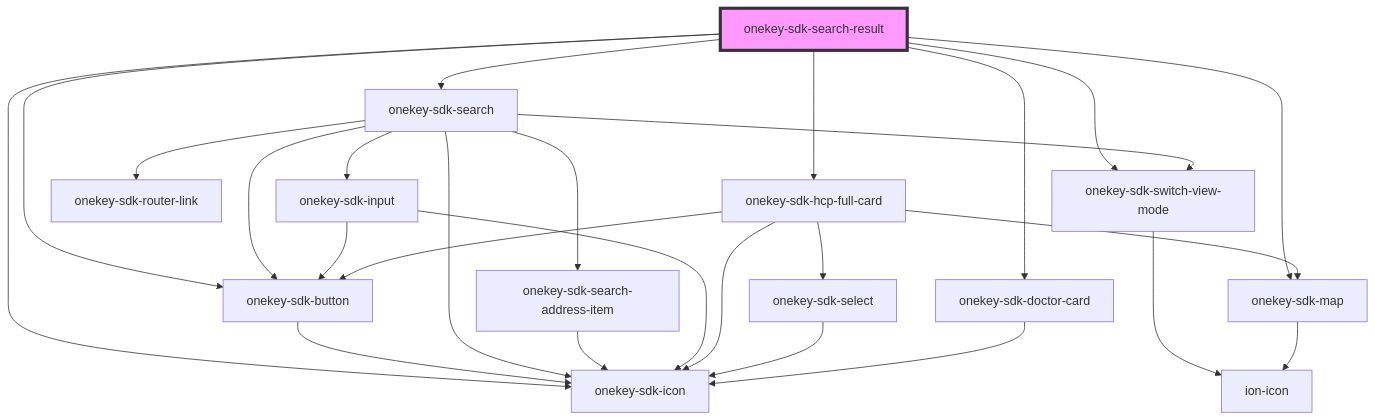
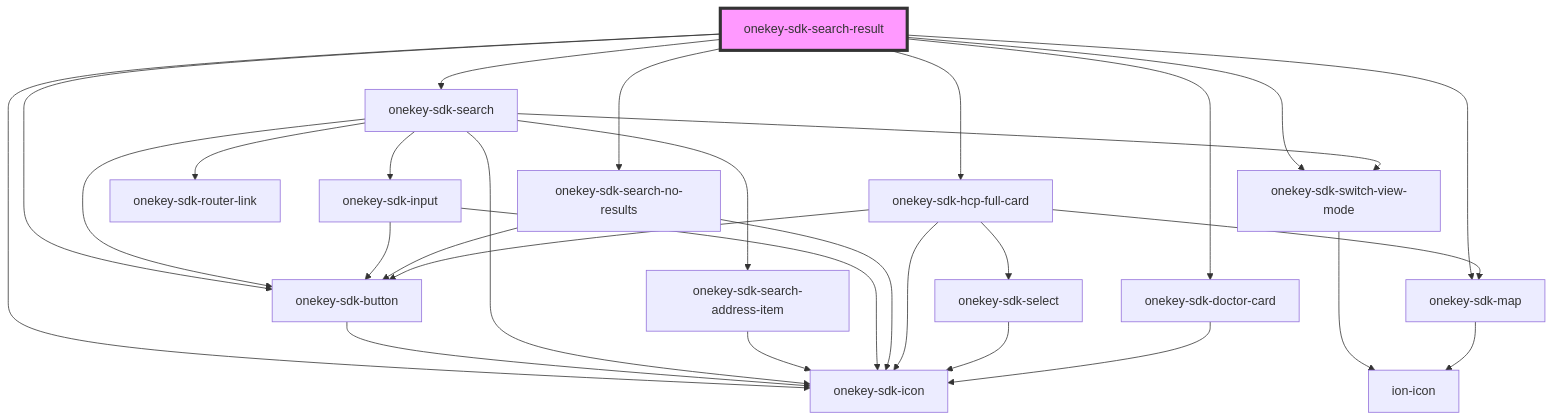
One commit to hcl-sdk/HealthCareLocatorWebSDK changed the diagram in packages/onekey-sdk-web-ui/docs/components/screens/onekey-sdk-search-result/readme.md. Above: the diagram before and after it, drawn with Mermaid. The commit also changed other lines of this file and 32 other files, not shown here.

Commit message:
fix(share,search): fix share template, profile map on real mobile, align search and show reset btn. implement search no results

````diff
--- a/packages/onekey-sdk-web-ui/docs/components/screens/onekey-sdk-search-result/readme.md
+++ b/packages/onekey-sdk-web-ui/docs/components/screens/onekey-sdk-search-result/readme.md
@@ -21,29 +22,32 @@
 ```mermaid
 graph TD;
   onekey-sdk-search-result --> onekey-sdk-button
   onekey-sdk-search-result --> onekey-sdk-switch-view-mode
   onekey-sdk-search-result --> onekey-sdk-icon
   onekey-sdk-search-result --> onekey-sdk-search
+  onekey-sdk-search-result --> onekey-sdk-search-no-results
   onekey-sdk-search-result --> onekey-sdk-hcp-full-card
   onekey-sdk-search-result --> onekey-sdk-doctor-card
   onekey-sdk-search-result --> onekey-sdk-map
   onekey-sdk-button --> onekey-sdk-icon
   onekey-sdk-switch-view-mode --> ion-icon
   onekey-sdk-search --> onekey-sdk-search-address-item
   onekey-sdk-search --> onekey-sdk-router-link
   onekey-sdk-search --> onekey-sdk-icon
   onekey-sdk-search --> onekey-sdk-input
   onekey-sdk-search --> onekey-sdk-button
   onekey-sdk-search --> onekey-sdk-switch-view-mode
   onekey-sdk-search-address-item --> onekey-sdk-icon
   onekey-sdk-input --> onekey-sdk-button
   onekey-sdk-input --> onekey-sdk-icon
+  onekey-sdk-search-no-results --> onekey-sdk-icon
+  onekey-sdk-search-no-results --> onekey-sdk-button
   onekey-sdk-hcp-full-card --> onekey-sdk-button
   onekey-sdk-hcp-full-card --> onekey-sdk-icon
   onekey-sdk-hcp-full-card --> onekey-sdk-map
   onekey-sdk-hcp-full-card --> onekey-sdk-select
   onekey-sdk-map --> ion-icon
   onekey-sdk-select --> onekey-sdk-icon
   onekey-sdk-doctor-card --> onekey-sdk-icon
   style onekey-sdk-search-result fill:#f9f,stroke:#333,stroke-width:4px
 ```
````
